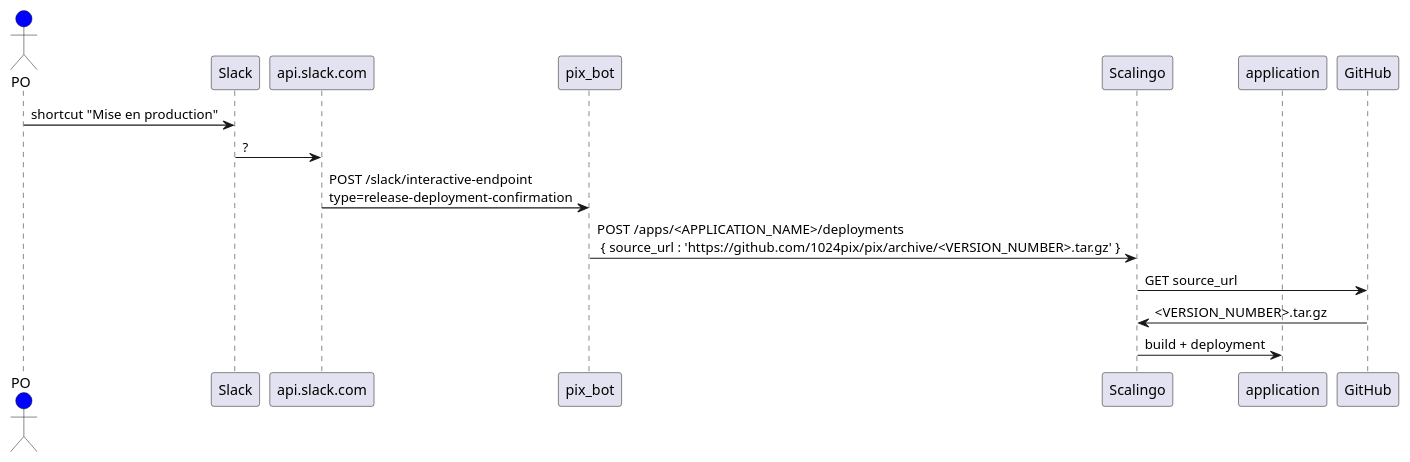
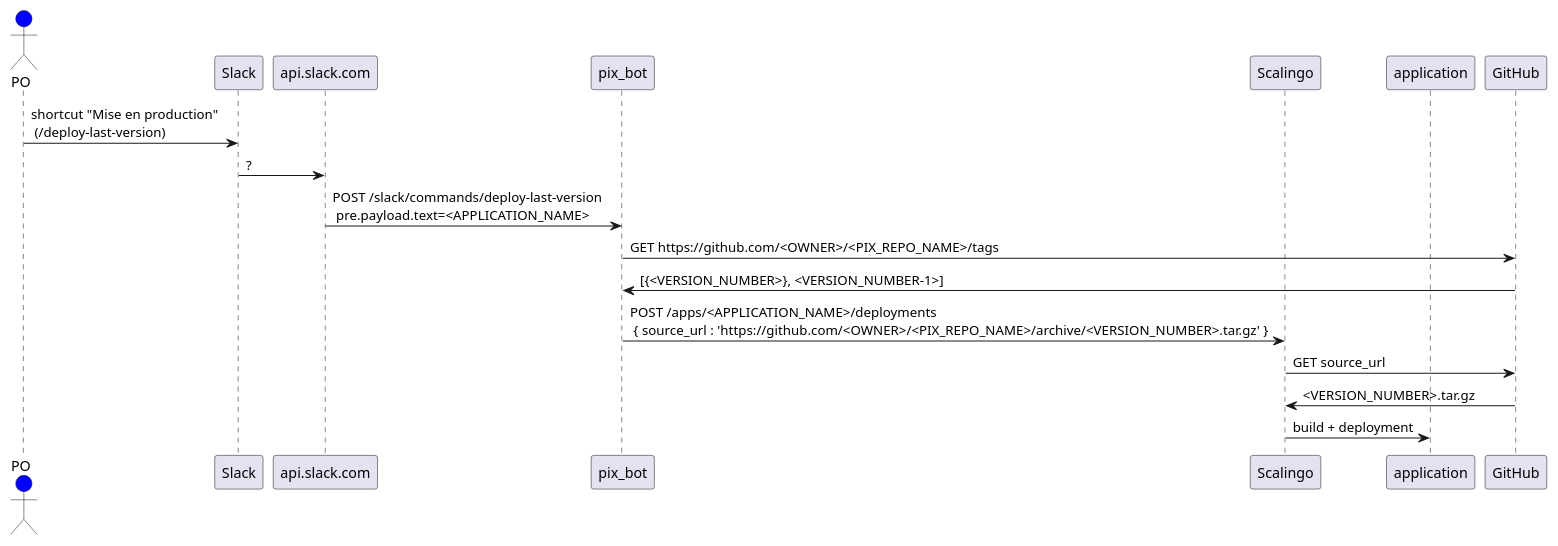
Before and after one commit to 1024pix/pix-bot: the diagram in docs/deploy.puml, drawn with PlantUML.

Commit message:
doc : fix deployment url and add latest tag retrieval

```diff
--- a/docs/deploy.puml
+++ b/docs/deploy.puml
@@ -1,16 +1,18 @@
 @startuml
 actor PO #blue
 participant Slack
 participant api.slack.com
 participant pix_bot
 participant Scalingo
 participant application
 participant GitHub
-PO -> Slack : shortcut "Mise en production"
+PO -> Slack : shortcut "Mise en production" \n (/deploy-last-version)
 Slack -> api.slack.com : ?
-api.slack.com -> pix_bot : POST /slack/interactive-endpoint \ntype=release-deployment-confirmation
-pix_bot -> Scalingo: POST /apps/<APPLICATION_NAME>/deployments \n { source_url : 'https://github.com/1024pix/pix/archive/<VERSION_NUMBER>.tar.gz' }
+api.slack.com -> pix_bot : POST /slack/commands/deploy-last-version \n pre.payload.text=<APPLICATION_NAME>
+pix_bot -> GitHub : GET https://github.com/<OWNER>/<PIX_REPO_NAME>/tags
+GitHub -> pix_bot : [{<VERSION_NUMBER>}, <VERSION_NUMBER-1>]
+pix_bot -> Scalingo: POST /apps/<APPLICATION_NAME>/deployments \n { source_url : 'https://github.com/<OWNER>/<PIX_REPO_NAME>/archive/<VERSION_NUMBER>.tar.gz' }
 Scalingo -> GitHub: GET source_url
 GitHub -> Scalingo : <VERSION_NUMBER>.tar.gz
 Scalingo -> application: build + deployment
 @enduml
```
